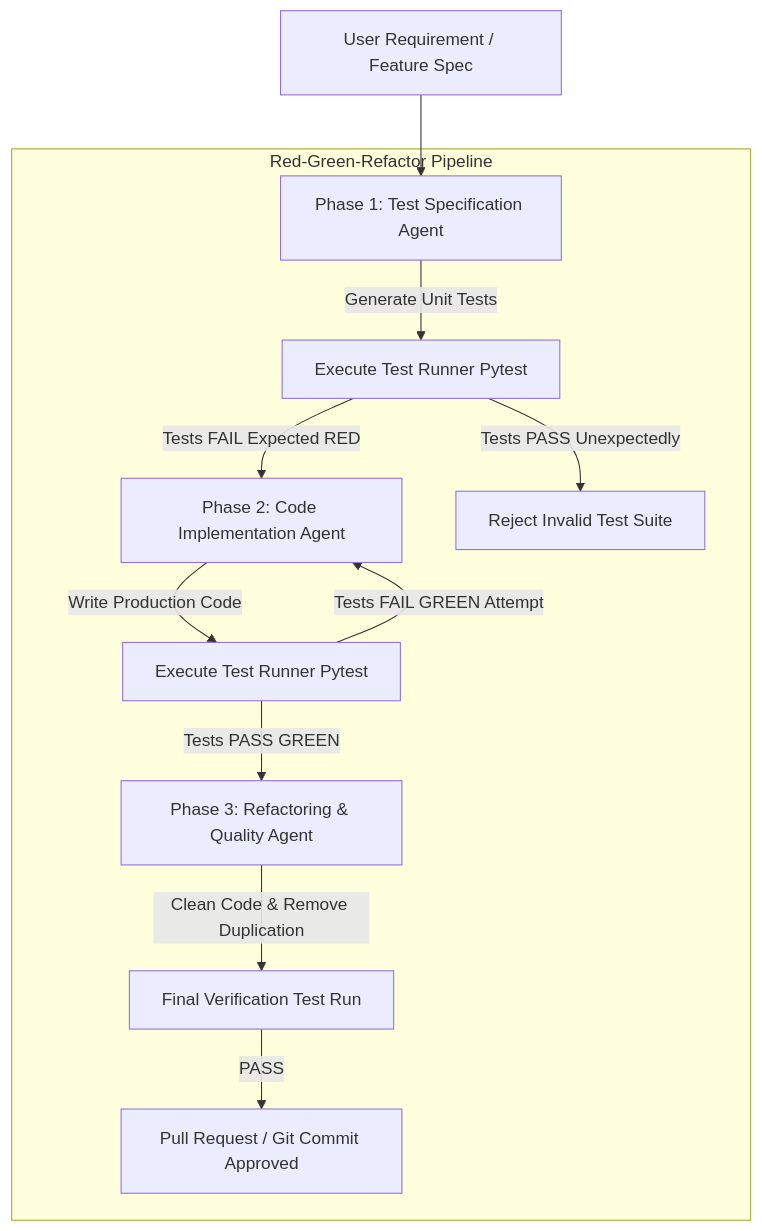
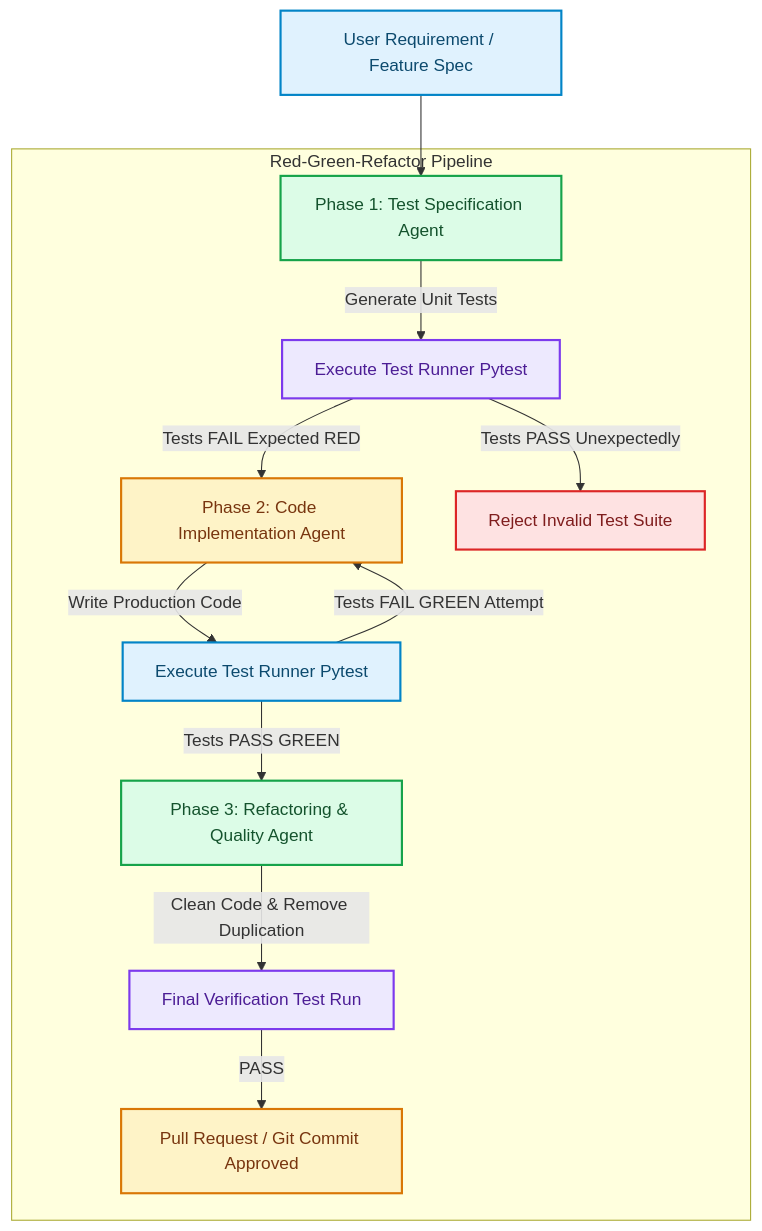
The diagram in blog/posts/agentic-tdd-writing-tests-before-code-autonomous-pipelines.md (akmalkhaniub/akmalkhaniub.github.io), drawn with Mermaid before and after one commit. The commit also changed other lines of this file and 1291 other files, not shown here.

First line of the commit message:
feat(catalog): unique covers, scholarly references, and diagram palettes

````diff
--- a/blog/posts/agentic-tdd-writing-tests-before-code-autonomous-pipelines.md
+++ b/blog/posts/agentic-tdd-writing-tests-before-code-autonomous-pipelines.md
@@ -19,17 +19,28 @@
 ```mermaid
 flowchart TD
-  A[User Requirement / Feature Spec] --> B[Phase 1: Test Specification Agent]
+  A["User Requirement / Feature Spec"] --> B["Phase 1: Test Specification Agent"]
   
   subgraph SG1_RedGreenRefactor ["Red-Green-Refactor Pipeline"]
-    B -->|Generate Unit Tests| C[Execute Test Runner Pytest]
-    C -->|Tests FAIL Expected RED| D[Phase 2: Code Implementation Agent]
-    C -->|Tests PASS Unexpectedly| E[Reject Invalid Test Suite]
+    B -->|Generate Unit Tests| C["Execute Test Runner Pytest"]
+    C -->|Tests FAIL Expected RED| D["Phase 2: Code Implementation Agent"]
+    C -->|Tests PASS Unexpectedly| E["Reject Invalid Test Suite"]
     
-    D -->|Write Production Code| F[Execute Test Runner Pytest]
+    D -->|Write Production Code| F["Execute Test Runner Pytest"]
     F -->|Tests FAIL GREEN Attempt| D
-    F -->|Tests PASS GREEN| G[Phase 3: Refactoring & Quality Agent]
+    F -->|Tests PASS GREEN| G["Phase 3: Refactoring & Quality Agent"]
     
-    G -->|Clean Code & Remove Duplication| H[Final Verification Test Run]
-    H -->|PASS| I[Pull Request / Git Commit Approved]
+    G -->|Clean Code & Remove Duplication| H["Final Verification Test Run"]
+    H -->|PASS| I["Pull Request / Git Commit Approved"]
   end
+
+classDef green fill:#dcfce7,stroke:#16a34a,stroke-width:2px,color:#14532d;
+classDef red fill:#fee2e2,stroke:#dc2626,stroke-width:2px,color:#7f1d1d;
+classDef blue fill:#e0f2fe,stroke:#0284c7,stroke-width:2px,color:#0c4a6e;
+classDef yellow fill:#fef3c7,stroke:#d97706,stroke-width:2px,color:#78350f;
+classDef purple fill:#ede9fe,stroke:#7c3aed,stroke-width:2px,color:#4c1d95;
+class A,F blue
+class B,G green
+class C,H purple
+class D,I yellow
+class E red
 ```
````
